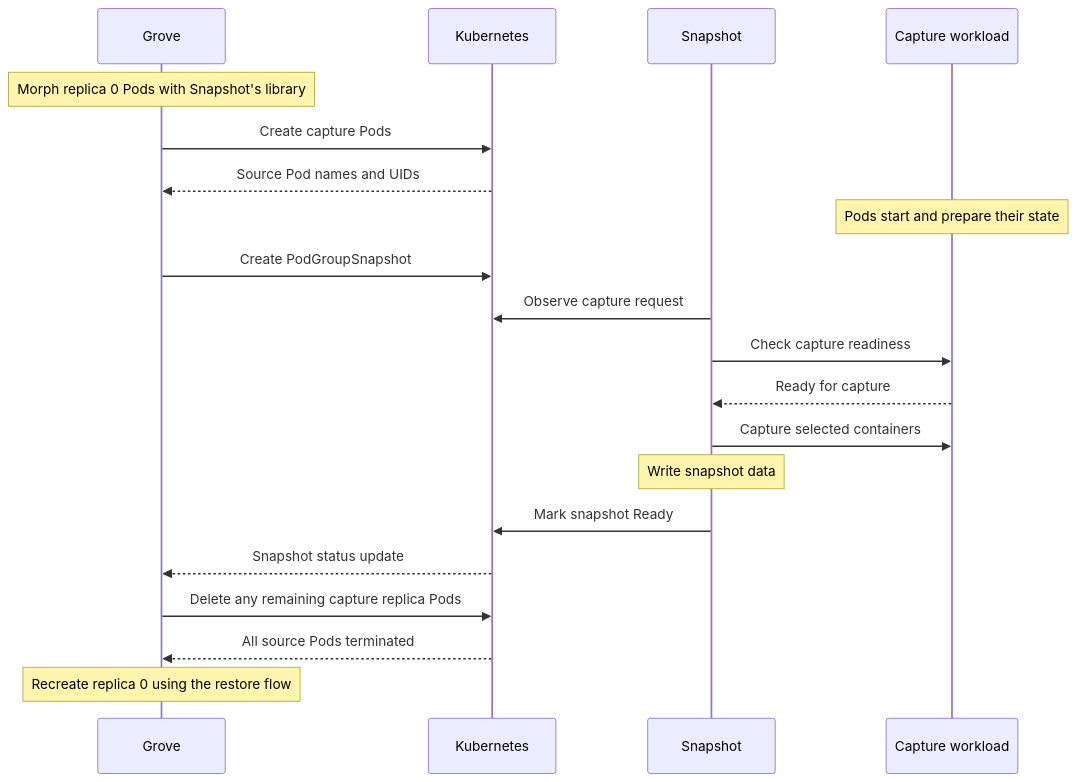
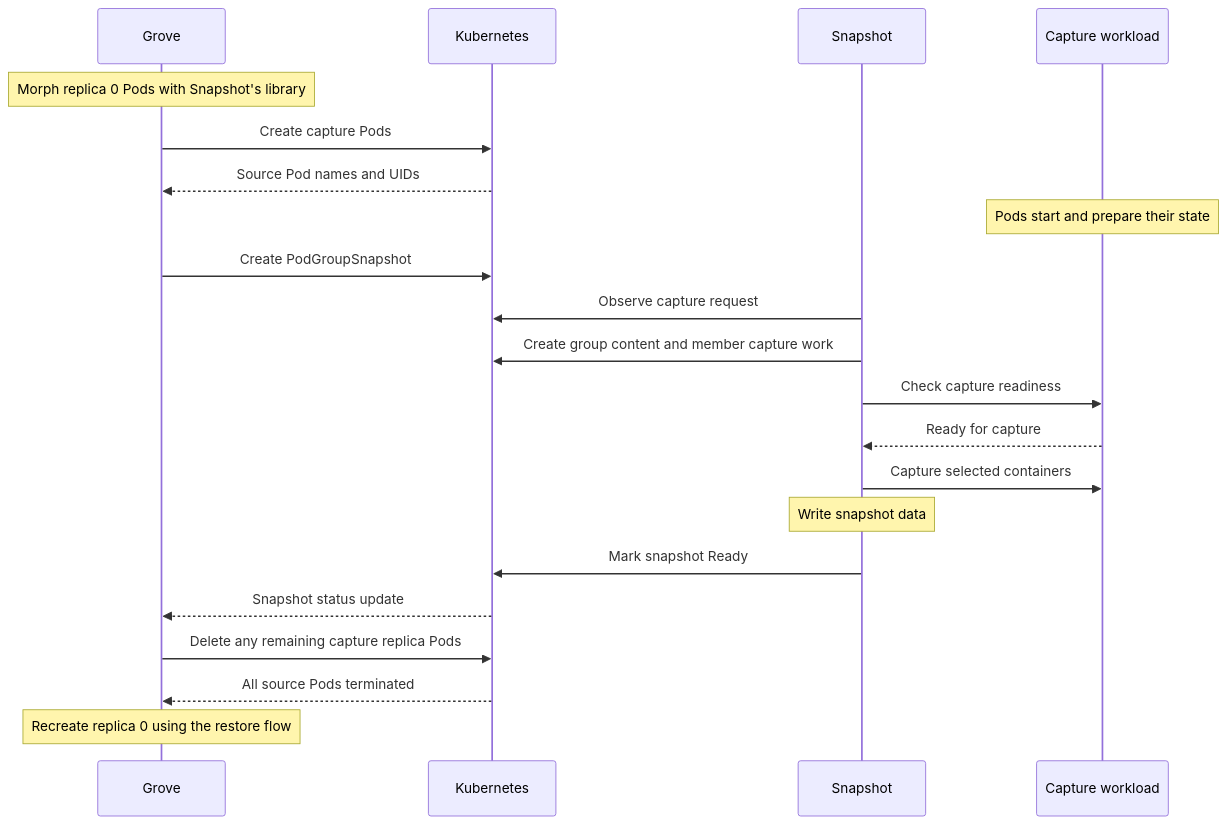
The first of 2 diagrams in docs/proposals/1020-snapshot-capture-restore/README.md (ai-dynamo/grove), drawn with Mermaid before and after one commit. The commit also changed other lines of this file, not shown here.

Commit message:
docs: align GREP-1020 with updated Snapshot restore flow

````diff
--- a/docs/proposals/1020-snapshot-capture-restore/README.md
+++ b/docs/proposals/1020-snapshot-capture-restore/README.md
@@ -218,22 +226,23 @@
 ```mermaid
 sequenceDiagram
     participant G as Grove
     participant K as Kubernetes
     participant S as Snapshot
     participant W as Capture workload
     Note over G: Morph replica 0 Pods with Snapshot's library
     G->>K: Create capture Pods
     K-->>G: Source Pod names and UIDs
     Note over W: Pods start and prepare their state
     G->>K: Create PodGroupSnapshot
     S->>K: Observe capture request
+    S->>K: Create group content and member capture work
     S->>W: Check capture readiness
     W-->>S: Ready for capture
     S->>W: Capture selected containers
     Note over S: Write snapshot data
     S->>K: Mark snapshot Ready
     K-->>G: Snapshot status update
     G->>K: Delete any remaining capture replica Pods
     K-->>G: All source Pods terminated
     Note over G: Recreate replica 0 using the restore flow
 ```
````
